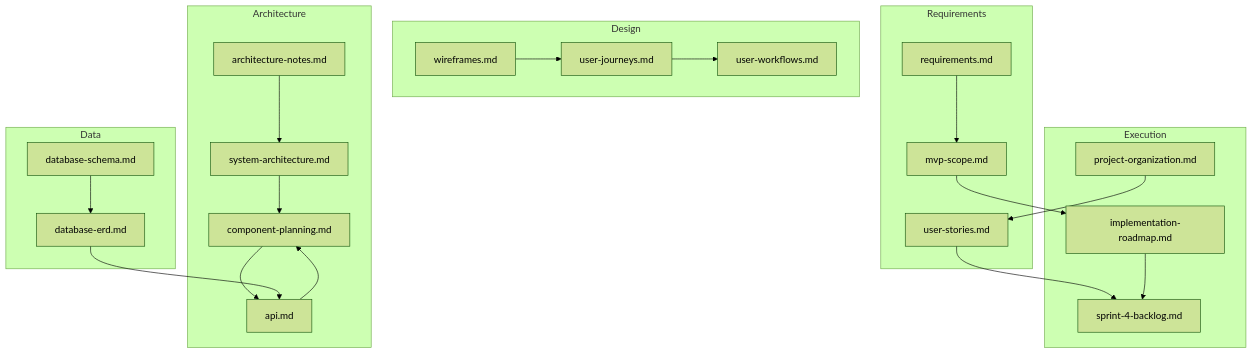
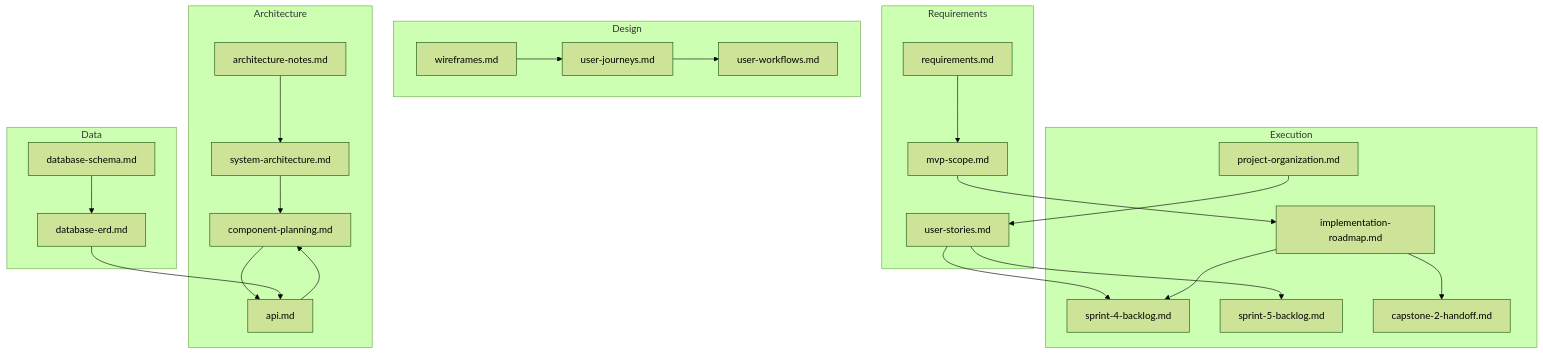
The diagram in docs/planning-artifacts-map.md (aperez-999/fitness-wellness-tracker), drawn with Mermaid (forest theme) before and after one commit. The commit also changed other lines of this file and 17 other files, not shown here.

````diff
--- a/docs/planning-artifacts-map.md
+++ b/docs/planning-artifacts-map.md
@@ -7,46 +7,50 @@
 ```mermaid
 flowchart TB
     subgraph Requirements
         REQ[requirements.md]
         MVP[mvp-scope.md]
         STORIES[user-stories.md]
     end
 
     subgraph Design
         WF[wireframes.md]
         JOURNEYS[user-journeys.md]
         FLOW[user-workflows.md]
     end
 
     subgraph Architecture
         ARCH[architecture-notes.md]
         SYS[system-architecture.md]
         COMP[component-planning.md]
         API[api.md]
     end
 
     subgraph Data
         SCHEMA[database-schema.md]
         ERD[database-erd.md]
     end
 
     subgraph Execution
         ROADMAP[implementation-roadmap.md]
         S4[sprint-4-backlog.md]
+        S5[sprint-5-backlog.md]
+        C2[capstone-2-handoff.md]
         ORG[project-organization.md]
     end
 
     REQ --> MVP
     MVP --> ROADMAP
+    STORIES --> S5
     STORIES --> S4
     WF --> JOURNEYS
     JOURNEYS --> FLOW
     ARCH --> SYS
     SYS --> COMP
     COMP --> API
     SCHEMA --> ERD
     ERD --> API
+    ROADMAP --> C2
     ROADMAP --> S4
     API --> COMP
     ORG --> STORIES
 ```
````
